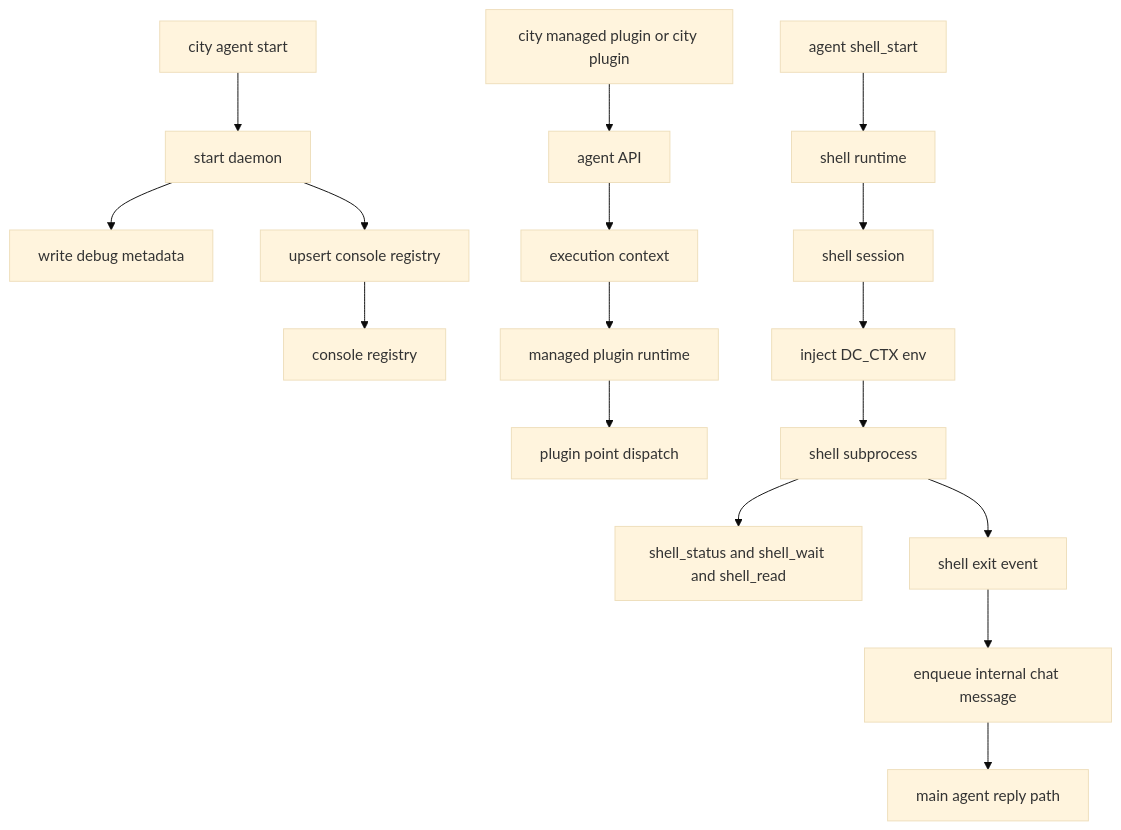
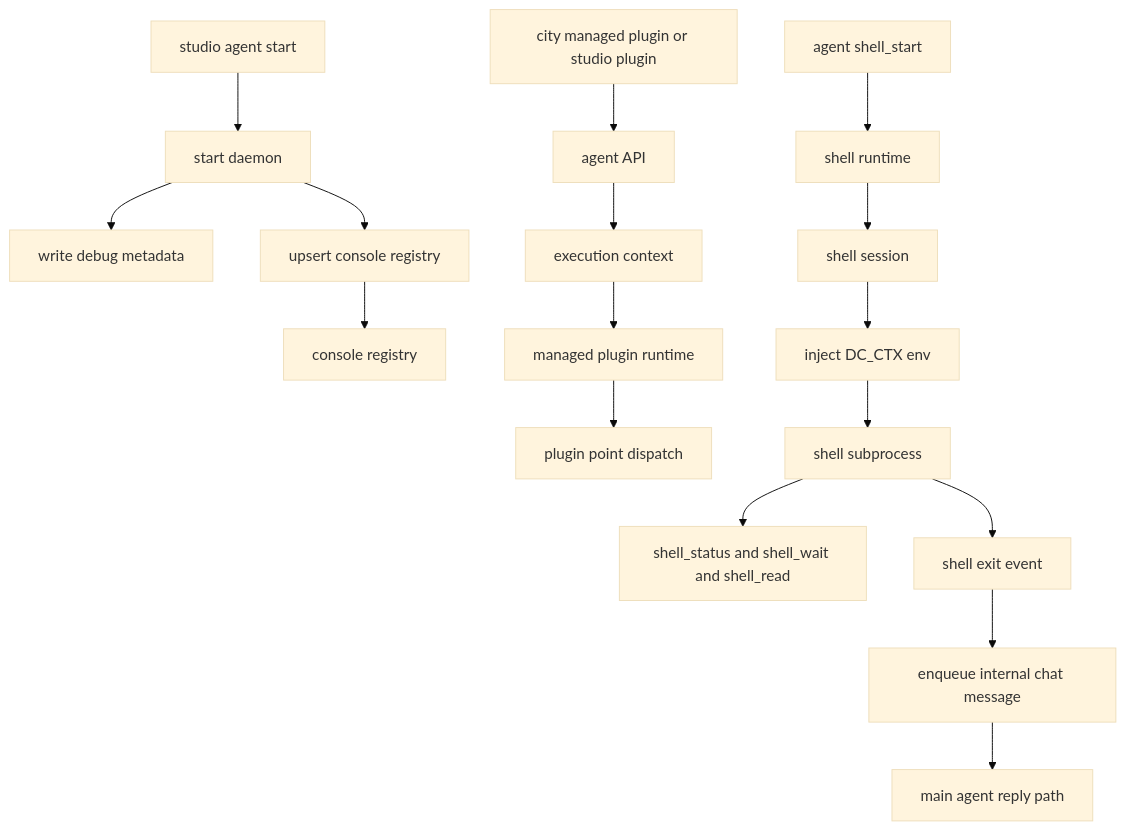
One commit to wangenius/downcity changed the diagram in homepage/content/docs/en/concepts/console-registration-and-shell-flow.mdx. Above: the diagram before and after it, drawn with Mermaid (base theme). The commit also changed 1024 other files, not shown here.

Commit message:
refactor: align city gate studio naming

````diff
--- a/homepage/content/docs/en/concepts/console-registration-and-shell-flow.mdx
+++ b/homepage/content/docs/en/concepts/console-registration-and-shell-flow.mdx
@@ -33,21 +33,21 @@
 ```mermaid
 flowchart TD
-  A["city agent start"] --> B["start daemon"]
+  A["studio agent start"] --> B["start daemon"]
   B --> C["write debug metadata"]
   B --> D["upsert console registry"]
   D --> E["console registry"]
 
-  F["city managed plugin or city plugin"] --> G["agent API"]
+  F["city managed plugin or studio plugin"] --> G["agent API"]
   G --> H["execution context"]
   H --> I["managed plugin runtime"]
   I --> J["plugin point dispatch"]
 
   L["agent shell_start"] --> M["shell runtime"]
   M --> N["shell session"]
   N --> O["inject DC_CTX env"]
   O --> P["shell subprocess"]
   P --> Q["shell_status and shell_wait and shell_read"]
   P --> R["shell exit event"]
   R --> S["enqueue internal chat message"]
   S --> T["main agent reply path"]
 ```
````
